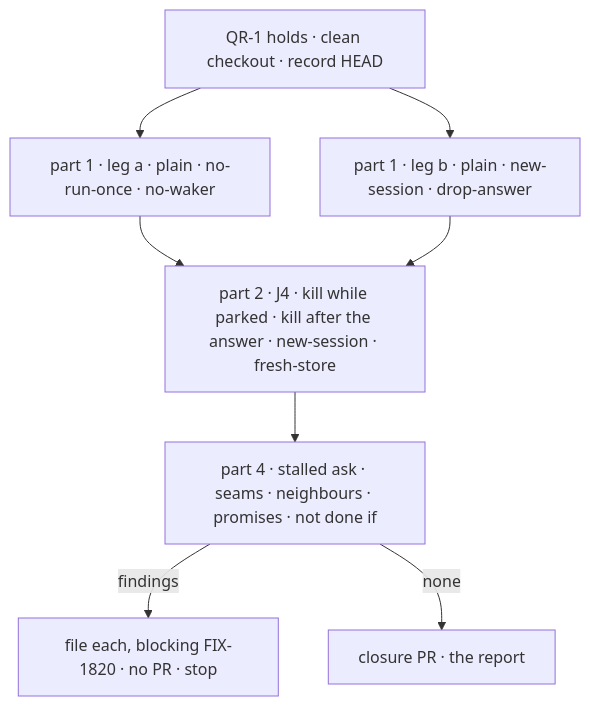
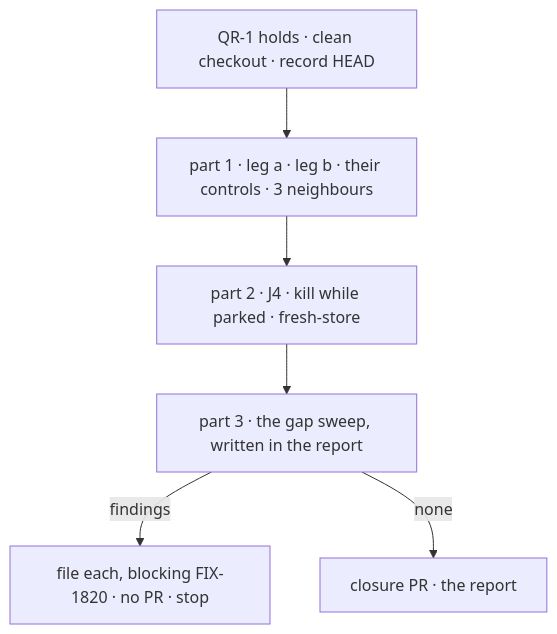
One commit to fixpoint-labs/flow-state-dev changed the diagram in specs/issues/FIX-1820/PLAN.md. Above: the diagram before and after it, drawn with Mermaid. The commit also changed other lines of this file and 6 other files, not shown here.

````diff
--- a/specs/issues/FIX-1820/PLAN.md
+++ b/specs/issues/FIX-1820/PLAN.md
@@ -27,10 +24,8 @@
 ```mermaid
 flowchart TD
-  Q["QR-1 holds · clean checkout · record HEAD"] --> P1a["part 1 · leg a · plain · no-run-once · no-waker"]
-  Q --> P1b["part 1 · leg b · plain · new-session · drop-answer"]
-  P1a --> P2["part 2 · J4 · kill while parked · kill after the answer · new-session · fresh-store"]
-  P1b --> P2
-  P2 --> P4["part 4 · stalled ask · seams · neighbours · promises · not done if"]
-  P4 -->|"findings"| F["file each, blocking FIX-1820 · no PR · stop"]
-  P4 -->|"none"| PR["closure PR · the report"]
+  Q["QR-1 holds · clean checkout · record HEAD"] --> P1["part 1 · leg a · leg b · their controls · 3 neighbours"]
+  P1 --> P2["part 2 · J4 · kill while parked · fresh-store"]
+  P2 --> P3["part 3 · the gap sweep, written in the report"]
+  P3 -->|"findings"| F["file each, blocking FIX-1820 · no PR · stop"]
+  P3 -->|"none"| PR["closure PR · the report"]
 ```
````
